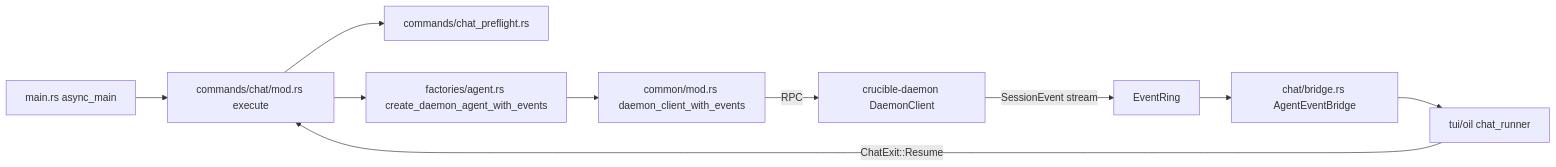
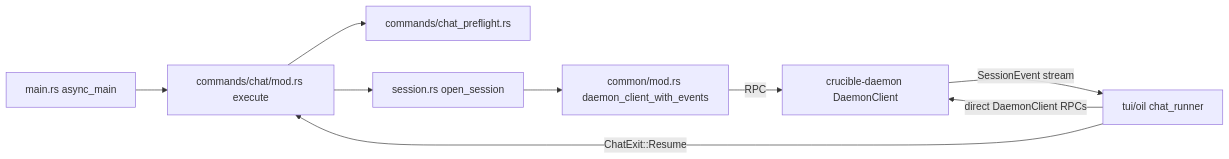
Before and after one commit to Mootikins/crucible: the diagram in docs/Meta/Architecture/CLI Commands.md, drawn with Mermaid. The commit also changed other lines of this file and 79 other files, not shown here.

````diff
--- a/docs/Meta/Architecture/CLI Commands.md
+++ b/docs/Meta/Architecture/CLI Commands.md
@@ -379,12 +387,11 @@
 ```mermaid
 flowchart LR
     main[main.rs async_main] --> chatmod[commands/chat/mod.rs execute]
     chatmod --> preflight[commands/chat_preflight.rs]
-    chatmod --> factory[factories/agent.rs create_daemon_agent_with_events]
-    factory --> common[common/mod.rs daemon_client_with_events]
+    chatmod --> opensess[session.rs open_session]
+    opensess --> common[common/mod.rs daemon_client_with_events]
     common -->|RPC| daemon[crucible-daemon DaemonClient]
-    daemon -->|SessionEvent stream| ring[EventRing]
-    ring --> bridge[chat/bridge.rs AgentEventBridge]
-    bridge --> runner[tui/oil chat_runner]
+    daemon -->|SessionEvent stream| runner[tui/oil chat_runner]
+    runner -->|direct DaemonClient RPCs| daemon
     runner -->|ChatExit::Resume| chatmod
 ```
````
